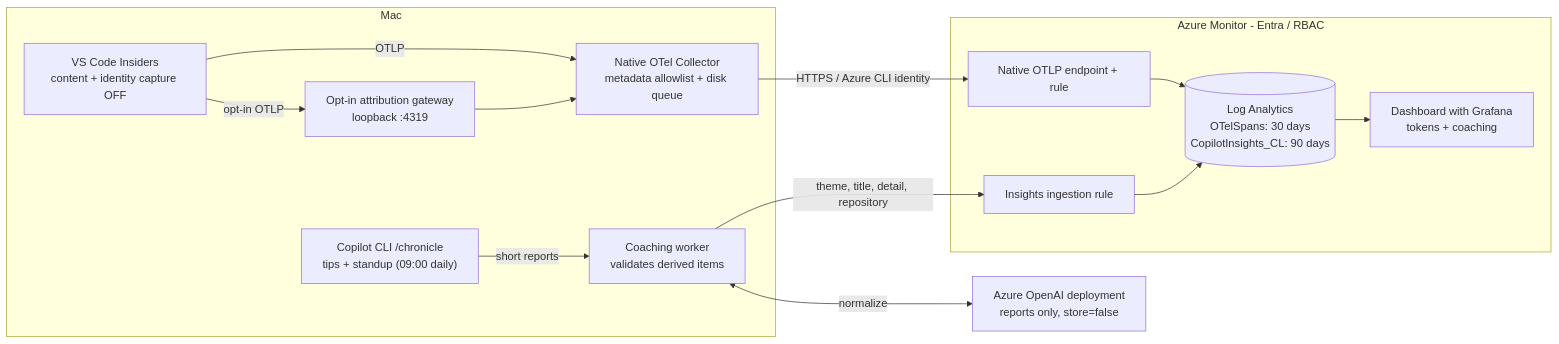
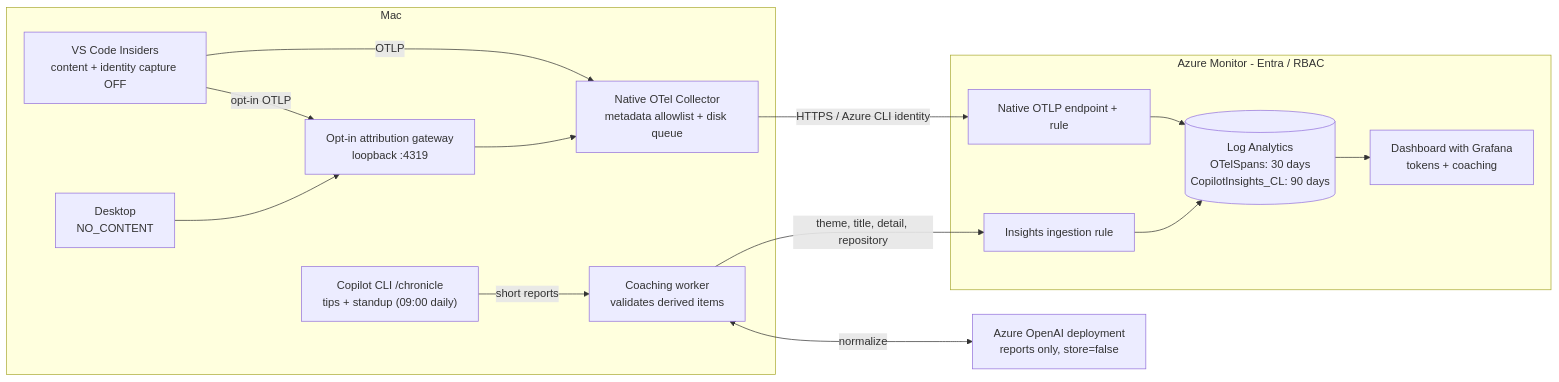
One commit to prasann/copilot-otel changed the diagram in README.md. Above: the diagram before and after it, drawn with Mermaid. The commit also changed other lines of this file and 10 other files, not shown here.

````diff
--- a/README.md
+++ b/README.md
@@ -20,25 +20,26 @@
 ```mermaid
 flowchart LR
   subgraph Mac["Mac"]
     Client["VS Code Insiders<br/>content + identity capture OFF"]
     Gateway["Opt-in attribution gateway<br/>loopback :4319"]
     Filter["Native OTel Collector<br/>metadata allowlist + disk queue"]
     Chronicle["Copilot CLI /chronicle<br/>tips + standup (09:00 daily)"]
     Coach["Coaching worker<br/>validates derived items"]
     Client -->|OTLP| Filter
     Client -->|opt-in OTLP| Gateway --> Filter
+    Desktop["Desktop<br/>NO_CONTENT"] --> Gateway
     Chronicle -->|short reports| Coach
   end
   Model["Azure OpenAI deployment<br/>reports only, store=false"]
   subgraph Azure["Azure Monitor - Entra / RBAC"]
     OTLP["Native OTLP endpoint + rule"]
     DCR["Insights ingestion rule"]
     Logs[("Log Analytics<br/>OTelSpans: 30 days<br/>CopilotInsights_CL: 90 days")]
     Dashboard["Dashboard with Grafana<br/>tokens + coaching"]
     OTLP --> Logs
     DCR --> Logs --> Dashboard
   end
   Filter -->|HTTPS / Azure CLI identity| OTLP
   Coach <-->|normalize| Model
   Coach -->|theme, title, detail, repository| DCR
 ```
````
